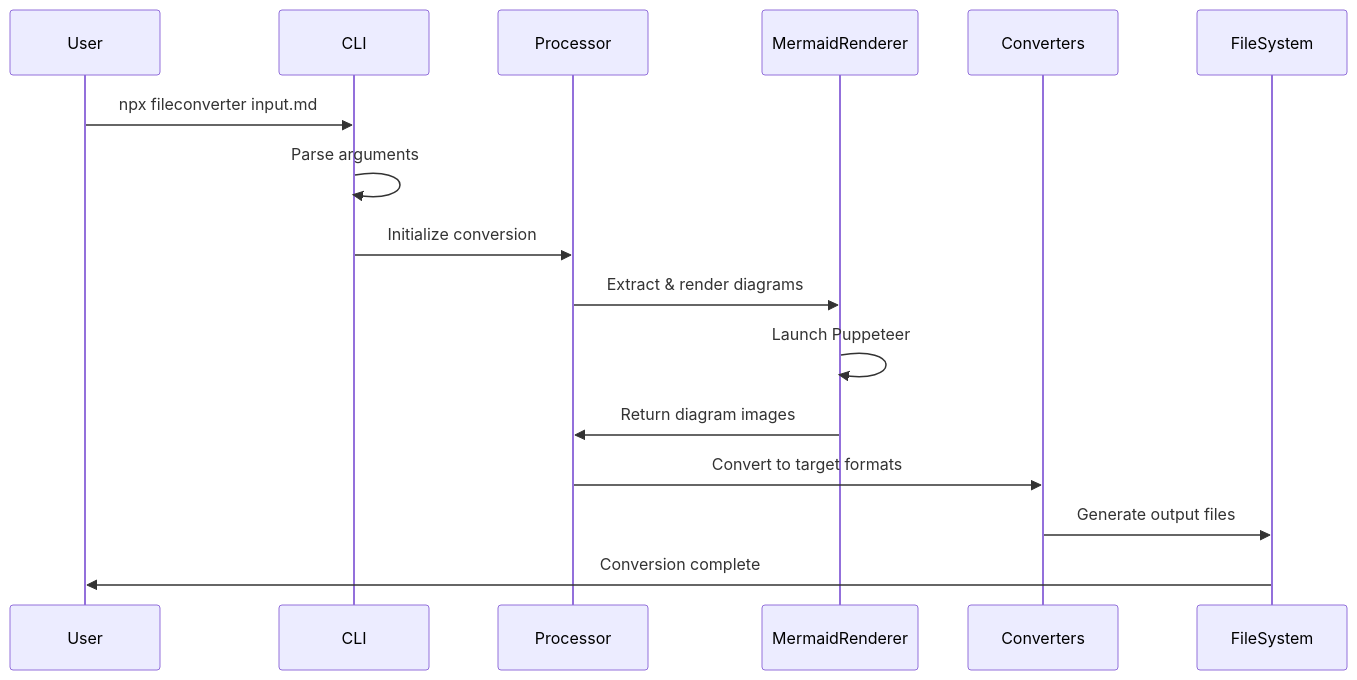
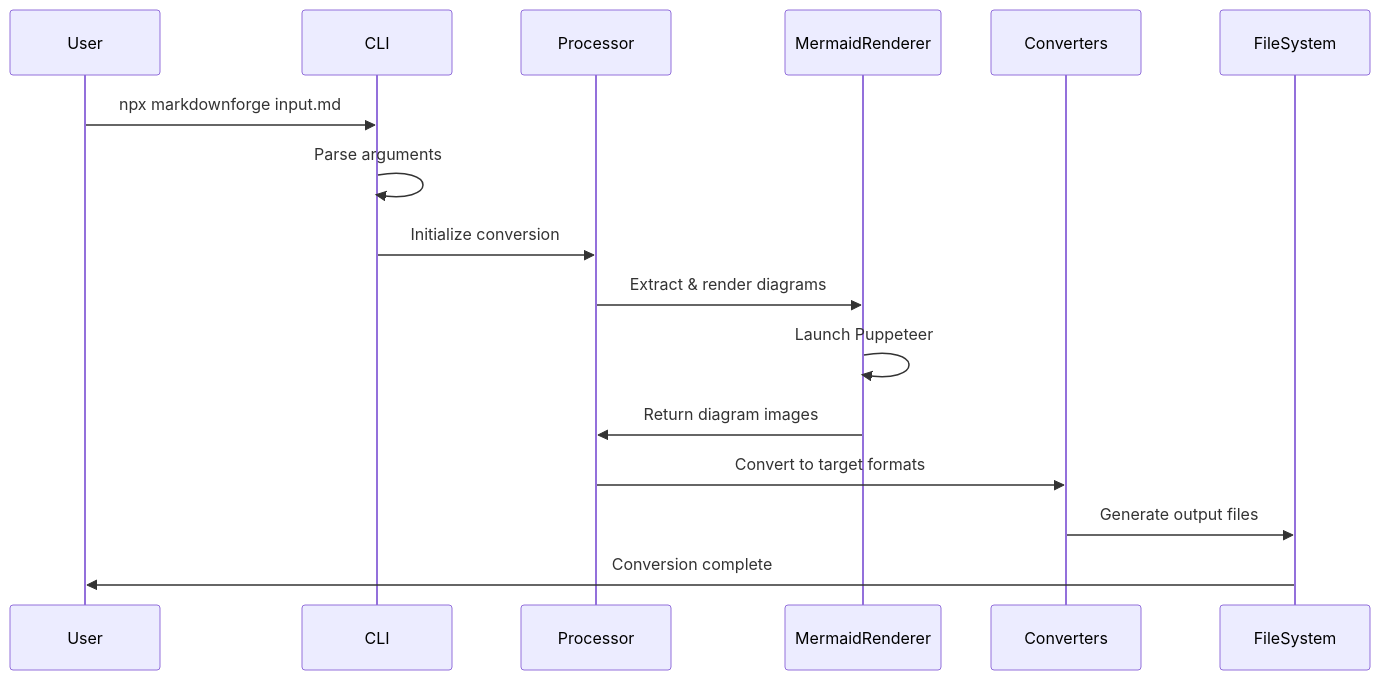
One commit to rauofthameem/markdownforge changed the second of 2 diagrams in docs/architecture.md. Above: the diagram before and after it, drawn with Mermaid. The commit also changed other lines of this file and 19 other files, not shown here.

````diff
--- a/docs/architecture.md
+++ b/docs/architecture.md
@@ -115,21 +115,21 @@
 ```mermaid
 sequenceDiagram
     participant User
     participant CLI
     participant Processor
     participant MermaidRenderer
     participant Converters
     participant FileSystem
     
-    User->>CLI: npx fileconverter input.md
+    User->>CLI: npx markdownforge input.md
     CLI->>CLI: Parse arguments
     CLI->>Processor: Initialize conversion
     
     Processor->>MermaidRenderer: Extract & render diagrams
     MermaidRenderer->>MermaidRenderer: Launch Puppeteer
     MermaidRenderer->>Processor: Return diagram images
     
     Processor->>Converters: Convert to target formats
     Converters->>FileSystem: Generate output files
     FileSystem->>User: Conversion complete
 ```
````
